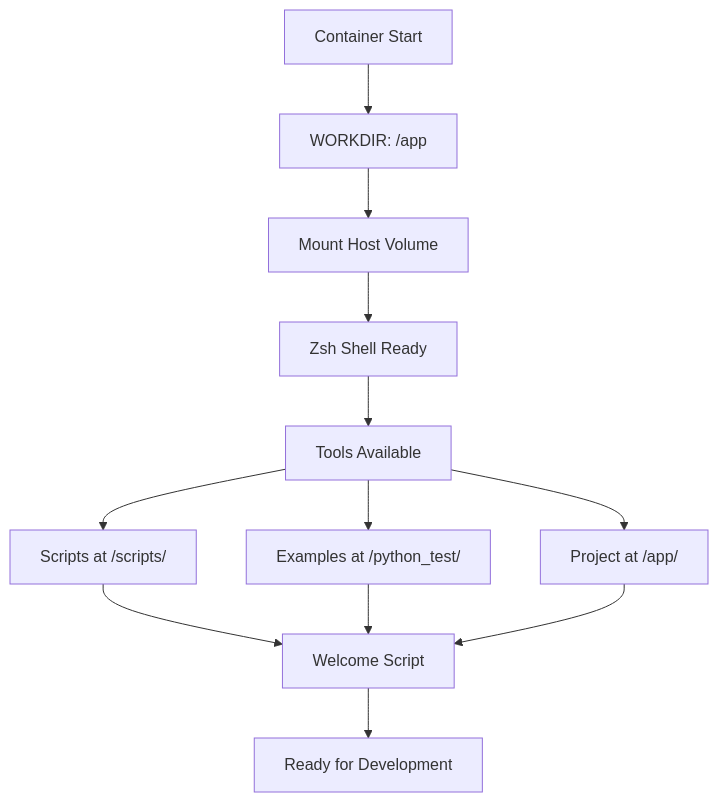
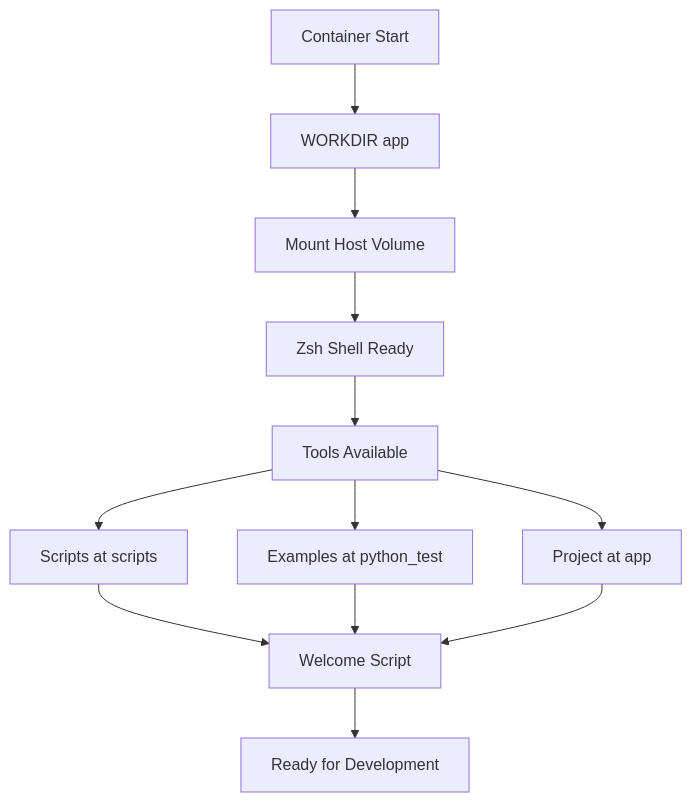
One commit to wisrovi/wAgents changed the fifth of 5 diagrams in docker_readme.md. Above: the diagram before and after it, drawn with Mermaid. The commit also changed other lines of this file, not shown here.

````diff
--- a/docker_readme.md
+++ b/docker_readme.md
@@ -459,14 +459,14 @@
 ```mermaid
 graph TB
-    A[Container Start] --> B[WORKDIR: /app]
+    A[Container Start] --> B[WORKDIR app]
     B --> C[Mount Host Volume]
     C --> D[Zsh Shell Ready]
     D --> E[Tools Available]
-    E --> F[Scripts at /scripts/]
-    E --> G[Examples at /python_test/]
-    E --> H[Project at /app/]
+    E --> F[Scripts at scripts]
+    E --> G[Examples at python_test]
+    E --> H[Project at app]
     F --> I[Welcome Script]
     G --> I
     H --> I
     I --> J[Ready for Development]
 ```
````
